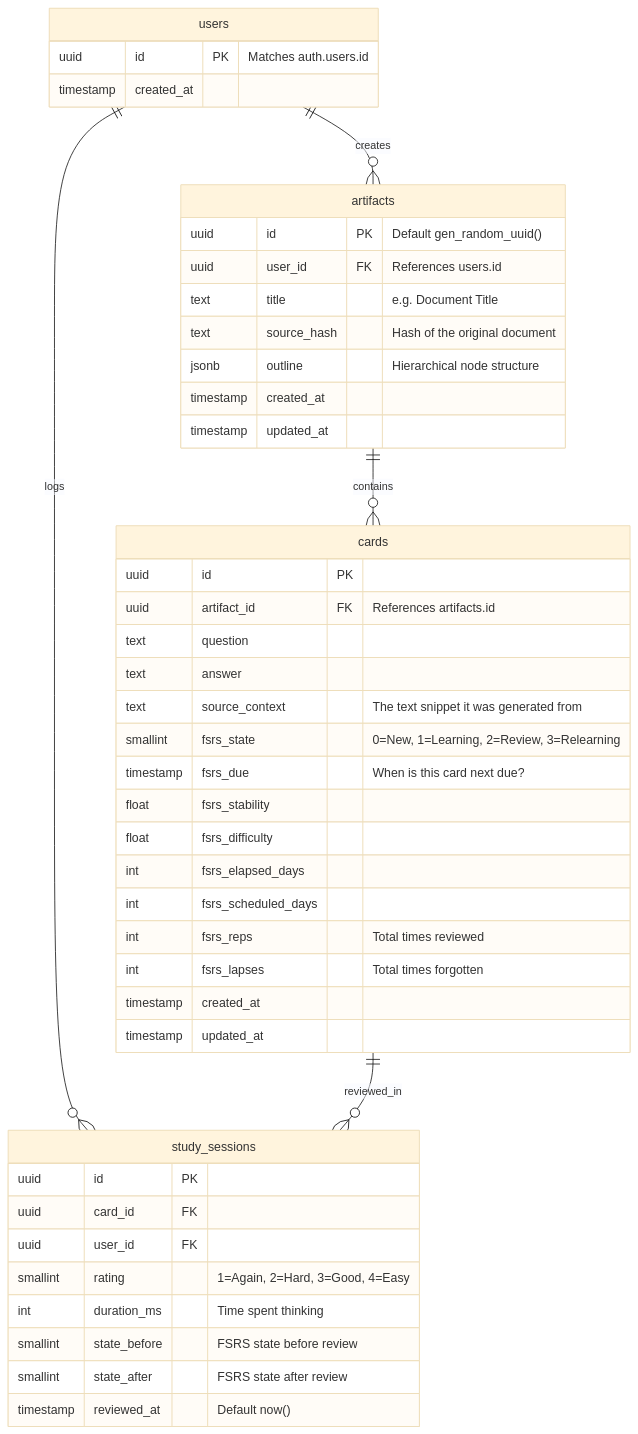
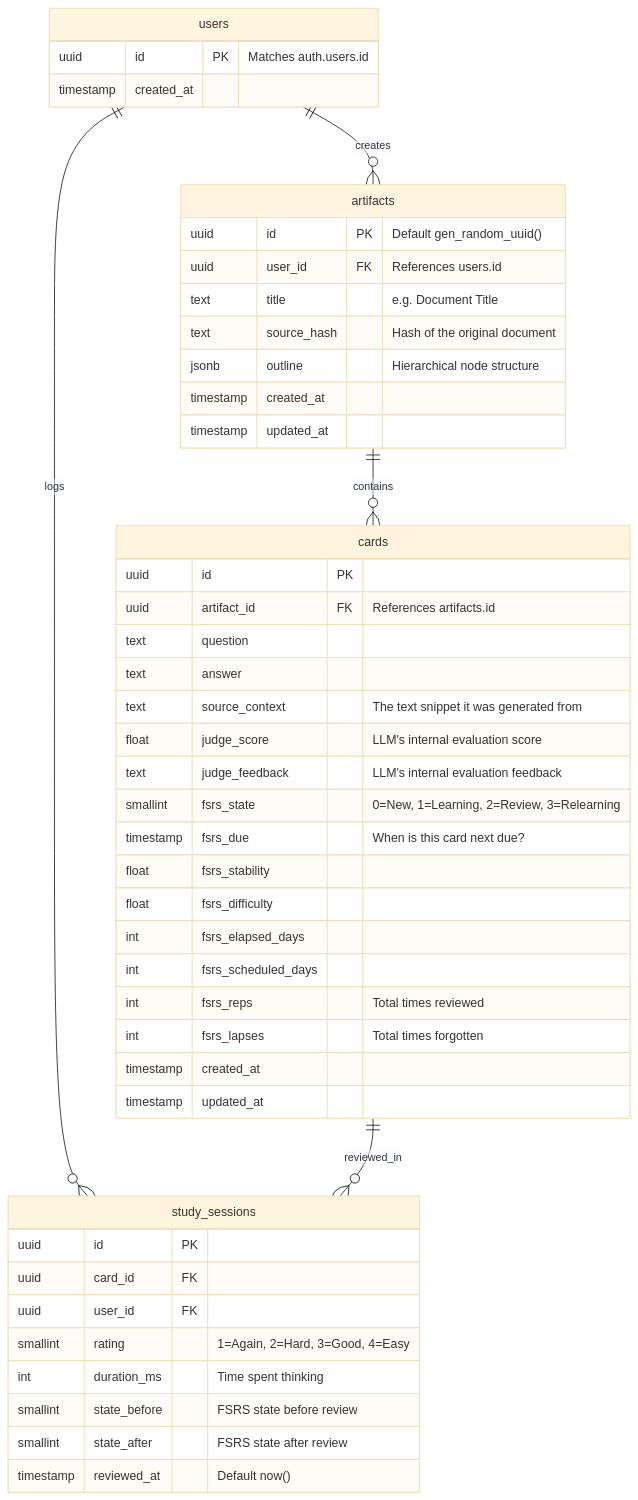
The diagram in docs/plans/2026-02-27-solo-95-design.md (tienphatnguyendev/active-recall-generator), drawn with Mermaid (base theme) before and after one commit. The commit also changed other lines of this file, not shown here.

````diff
--- a/docs/plans/2026-02-27-solo-95-design.md
+++ b/docs/plans/2026-02-27-solo-95-design.md
@@ -7,56 +7,58 @@
 ```mermaid
 erDiagram
     users ||--o{ artifacts : "creates"
     users ||--o{ study_sessions : "logs"
     
     artifacts ||--o{ cards : "contains"
     
     cards ||--o{ study_sessions : "reviewed_in"
 
     users {
         uuid id PK "Matches auth.users.id"
         timestamp created_at
     }
 
     artifacts {
         uuid id PK "Default gen_random_uuid()"
         uuid user_id FK "References users.id"
         text title "e.g. Document Title"
         text source_hash "Hash of the original document"
         jsonb outline "Hierarchical node structure"
         timestamp created_at
         timestamp updated_at
     }
 
     cards {
         uuid id PK
         uuid artifact_id FK "References artifacts.id"
         text question
         text answer
         text source_context "The text snippet it was generated from"
+        float judge_score "LLM's internal evaluation score"
+        text judge_feedback "LLM's internal evaluation feedback"
         
         %% FSRS Specific Fields
         smallint fsrs_state "0=New, 1=Learning, 2=Review, 3=Relearning"
         timestamp fsrs_due "When is this card next due?"
         float fsrs_stability
         float fsrs_difficulty
         int fsrs_elapsed_days
         int fsrs_scheduled_days
         int fsrs_reps "Total times reviewed"
         int fsrs_lapses "Total times forgotten"
 
         timestamp created_at
         timestamp updated_at
     }
 
     study_sessions {
         uuid id PK
         uuid card_id FK
         uuid user_id FK
         smallint rating "1=Again, 2=Hard, 3=Good, 4=Easy"
         int duration_ms "Time spent thinking"
         smallint state_before "FSRS state before review"
         smallint state_after "FSRS state after review"
         timestamp reviewed_at "Default now()"
     }
 ```
````
